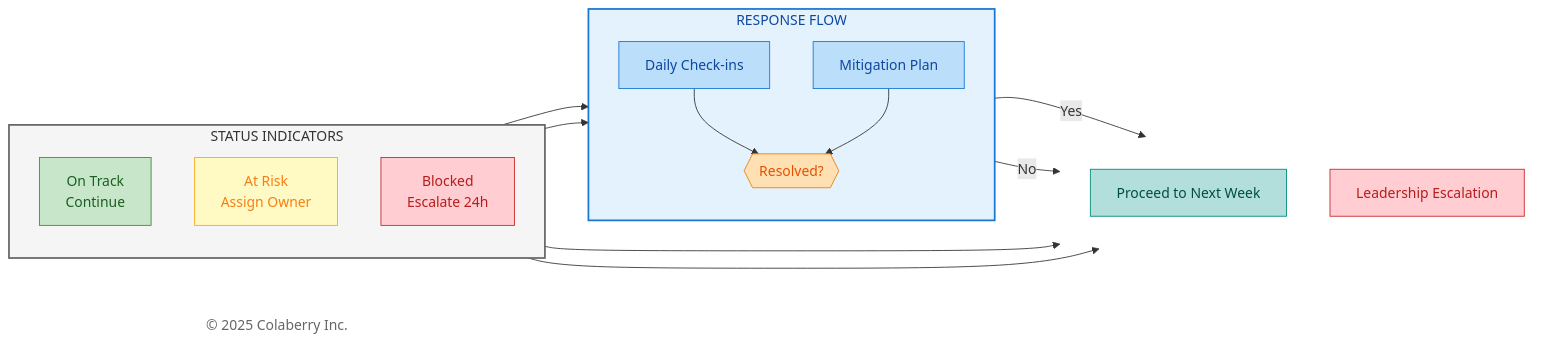
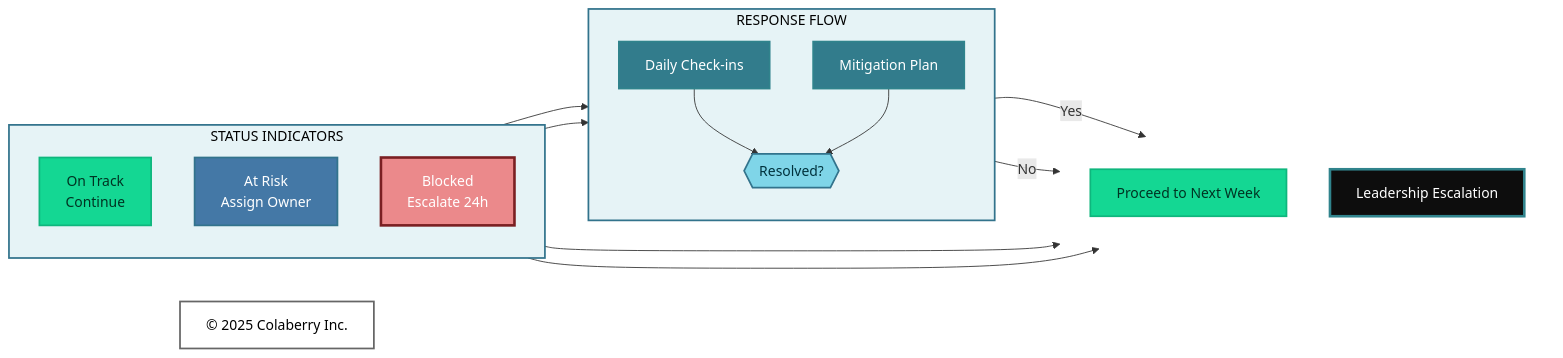
One commit to colaberry/trust-before-intelligence-book changed the third of 7 diagrams in manuscript/11_chapter_10_week_by_week_implementation.md. Above: the diagram before and after it, drawn with Mermaid. The commit also changed other lines of this file, not shown here.

Commit message:
Update mermaid diagrams as per new coloberry color and contrast ratio for chapter 11

````diff
--- a/manuscript/11_chapter_10_week_by_week_implementation.md
+++ b/manuscript/11_chapter_10_week_by_week_implementation.md
@@ -226,48 +226,48 @@
 ```mermaid
 
 graph LR
     subgraph STATUS["STATUS INDICATORS"]
         direction TB
         GREEN["On Track<br/>Continue"]
         YELLOW["At Risk<br/>Assign Owner"]
         RED["Blocked<br/>Escalate 24h"]
     end
     
     subgraph ACTIONS["RESPONSE FLOW"]
         direction TB
         R1["Daily Check-ins"]
         R2["Mitigation Plan"]
         RESOLVED{{"Resolved?"}}
         R1 --> RESOLVED
         R2 --> RESOLVED
     end
     
     subgraph OUTCOMES[" "]
         direction TB
         CONTINUE["Proceed to Next Week"]
         ESCALATE["Leadership Escalation"]
     end
     
     Copyright["© 2025 Colaberry Inc."]
     
     GREEN --> CONTINUE
     YELLOW --> R1
     YELLOW --> R2
     RED --> ESCALATE
     RESOLVED -->|"Yes"| CONTINUE
     RESOLVED -->|"No"| ESCALATE
     
-    style STATUS fill:#f5f5f5,stroke:#666666,stroke-width:2px,color:#333333
-    style ACTIONS fill:#e3f2fd,stroke:#1976d2,stroke-width:2px,color:#0d47a1
+    style STATUS fill:#E6F3F6,stroke:#32738C,stroke-width:2px,color:#000000
+    style ACTIONS fill:#E6F3F6,stroke:#32738C,stroke-width:2px,color:#000000
     style OUTCOMES fill:none,stroke:none
-    style GREEN fill:#c8e6c9,stroke:#388e3c,color:#1b5e20
-    style YELLOW fill:#fff9c4,stroke:#f9a825,color:#f57f17
-    style RED fill:#ffcdd2,stroke:#c62828,color:#b71c1c
-    style R1 fill:#bbdefb,stroke:#1976d2,color:#0d47a1
-    style R2 fill:#bbdefb,stroke:#1976d2,color:#0d47a1
-    style RESOLVED fill:#ffe0b2,stroke:#f57c00,color:#e65100
-    style CONTINUE fill:#b2dfdb,stroke:#00897b,color:#004d40
-    style ESCALATE fill:#ffcdd2,stroke:#c62828,color:#b71c1c
-    style Copyright fill:#ffffff,stroke:none,color:#666666
+    style GREEN fill:#14D793,stroke:#0FB67D,stroke-width:2px,color:#003322
+    style YELLOW fill:#4478A6,stroke:#32738C,stroke-width:2px,color:#ffffff
+    style RED fill:#EB898B,stroke:#7A1F22,stroke-width:3px,color:#ffffff
+    style R1 fill:#327C8C,stroke:#30838C,stroke-width:2px,color:#ffffff
+    style R2 fill:#327C8C,stroke:#30838C,stroke-width:2px,color:#ffffff
+    style RESOLVED fill:#7FD5E8,stroke:#32738C,stroke-width:2px,color:#00323D
+    style CONTINUE fill:#14D793,stroke:#0FB67D,stroke-width:2px,color:#003322
+    style ESCALATE fill:#0D0D0D,stroke:#30838C,stroke-width:3px,color:#ffffff
+    style Copyright fill:#ffffff,stroke:#666666,stroke-width:2px,color:#000000
 
 ```
````
